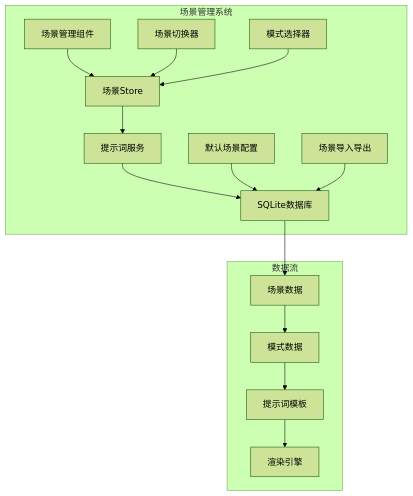
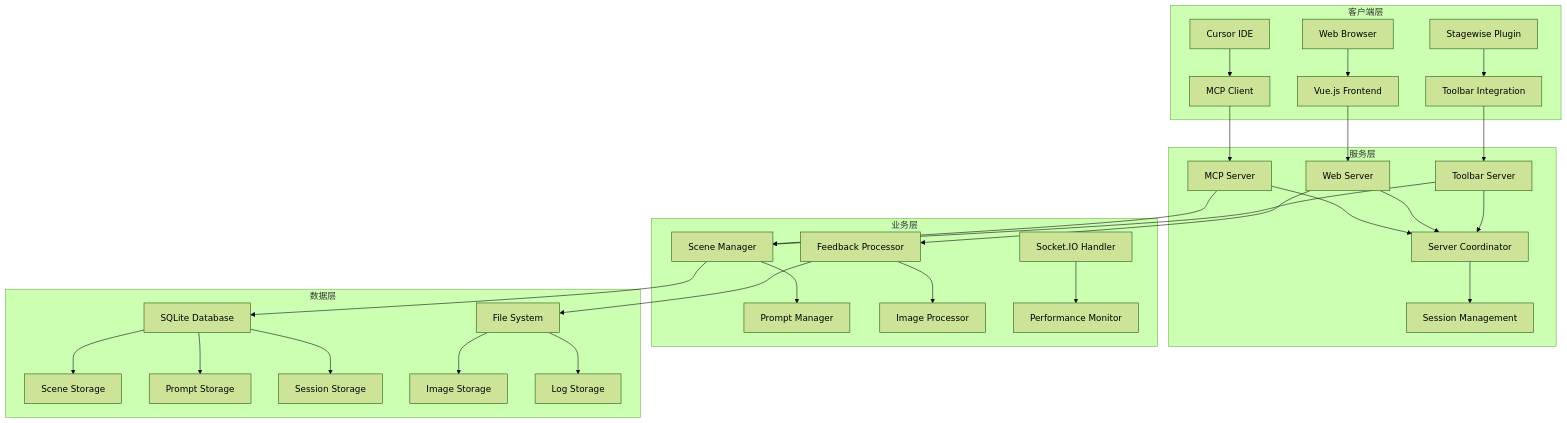
One commit to Songmengdi/mcp-feedback-collector changed the first of 3 diagrams in docs/架构层/项目概览.md. Above: the diagram before and after it, drawn with Mermaid (forest theme). The commit also changed other lines of this file and 37 other files, not shown here.

````diff
--- a/docs/架构层/项目概览.md
+++ b/docs/架构层/项目概览.md
@@ -129,21 +19,38 @@
 ```mermaid
 graph TB
-    subgraph "场景管理系统"
-        A[场景管理组件] --> B[场景Store]
-        B --> C[提示词服务]
-        C --> D[SQLite数据库]
-        
-        E[默认场景配置] --> D
-        F[场景导入导出] --> D
-        
-        G[场景切换器] --> B
-        H[模式选择器] --> B
+    subgraph "客户端层"
+        A[Cursor IDE] --> B[MCP Client]
+        C[Web Browser] --> D[Vue.js Frontend]
+        E[Stagewise Plugin] --> F[Toolbar Integration]
     end
     
-    subgraph "数据流"
-        D --> I[场景数据]
-        I --> J[模式数据]
-        J --> K[提示词模板]
-        K --> L[渲染引擎]
+    subgraph "服务层"
+        G[MCP Server] --> H[Server Coordinator]
+        I[Web Server] --> H
+        J[Toolbar Server] --> H
+        H --> K[Session Management]
     end
+    
+    subgraph "业务层"
+        L[Scene Manager] --> M[Prompt Manager]
+        N[Feedback Processor] --> O[Image Processor]
+        P[Socket.IO Handler] --> Q[Performance Monitor]
+    end
+    
+    subgraph "数据层"
+        R[SQLite Database] --> S[Scene Storage]
+        R --> T[Prompt Storage]
+        R --> U[Session Storage]
+        V[File System] --> W[Image Storage]
+        V --> X[Log Storage]
+    end
+    
+    B --> G
+    D --> I
+    F --> J
+    G --> L
+    I --> N
+    J --> L
+    L --> R
+    N --> V
 ```
````
